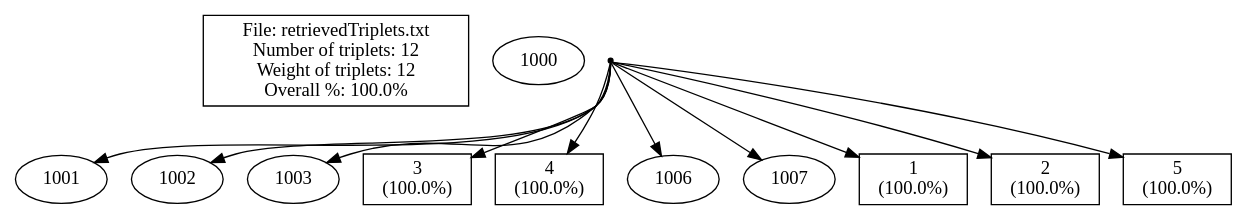
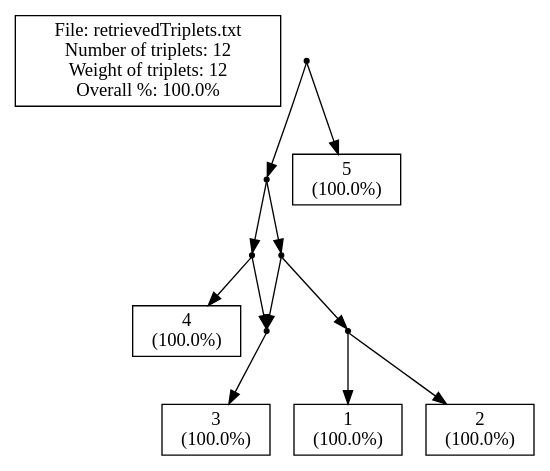
One commit to iharnoor/PhylogeneticsWebsite changed the diagram in ParsingTxt/Launcher/cExample1_m.dot. Above: the diagram before and after it, drawn with Graphviz. The commit also changed 11 other files, not shown here.

```diff
--- a/ParsingTxt/Launcher/cExample1_m.dot
+++ b/ParsingTxt/Launcher/cExample1_m.dot
@@ -1,51 +1,51 @@
 // LEV1ATHAN Version 1.0, 21 september 2009
 // COMMENT: Pre-processing the input file to count the leaves
 // COMMENT: Pre-processing showed that there are 5 leaves in the input.
 // SUMMARY: Input had 5 leaves.
 // USER-SETTING: Will *not* post-process output to collapse edges.
 // COMMENT: Triplet set is already dense.
 // SUMMARY: There are 12 triplets in the input.
 // SUMMARY: Total weight of input triplets is 12.
 // COMMENT: We achieved non-trivial local perfection.
 // SUMMARY: (Before post-processing)
 // SUMMARY: We got 12 units of triplet weight, that's 100.0% of total weight.
 // SUMMARY: In total 0 units of triplet weight were -not- consistent with the ouput network.
 // SUMMARY: Output network contained 0 triplets -not- in the original input.
 // SUMMARY: The symmetric difference is thus 0 + (1 * 0) = 0
 // SUMMARY: (After post-processing)
 strict digraph G1 {
 edge [fontsize=8]
 labelbox [shape=box, width=0.4, label="File: retrievedTriplets.txt\nNumber of triplets: 12\nWeight of triplets: 12\nOverall %: 100.0%"];
-1000p [shape=point];
-1001p [shape=point];
-1002p [shape=point];
-1003p [shape=point];
+internal1000 [shape=point];
+internal1001 [shape=point];
+internal1002 [shape=point];
+internal1003 [shape=point];
 3 [shape=box, width=0.3, label="3\n(100.0%)"];
 4 [shape=box, width=0.3, label="4\n(100.0%)"];
-1006p [shape=point];
-1007p [shape=point];
+internal1006 [shape=point];
+internal1007 [shape=point];
 1 [shape=box, width=0.3, label="1\n(100.0%)"];
 2 [shape=box, width=0.3, label="2\n(100.0%)"];
 5 [shape=box, width=0.3, label="5\n(100.0%)"];
-1000p -> 1001p
-1000p -> 5
-1001p -> 1002p
-1001p -> 1006p
-1002p -> 1003p
-1002p -> 4
-1003p -> 3
-1006p -> 1007p
-1006p -> 1003p
-1007p -> 1
-1007p -> 2
-1003p -> 3
+internal1000 -> internal1001
+internal1000 -> 5
+internal1001 -> internal1002
+internal1001 -> internal1006
+internal1002 -> internal1003
+internal1002 -> 4
+internal1003 -> 3
+internal1006 -> internal1007
+internal1006 -> internal1003
+internal1007 -> 1
+internal1007 -> 2
+internal1003 -> 3
 }
 // SUMMARY: eNewick output: ((((3)#H1,4),((1,2),#H1)),5);
 // SUMMARY: In total 0 units of triplet weight were -not- consistent with the ouput network.
 // SUMMARY: Output network contained 0 triplets -not- in the original input.
 // SUMMARY: Weight of missing triplets before contraction minus weight of missing triplets afterwards: 0
 // SUMMARY: Number of surplus triplets before contraction minus number of surplus triplets afterwards: 0
 // CONCLUSION: After post-processing we got 12 units of triplet weight, that's 100.0% of total weight (before post-processing this was 100.0%).
 // CONCLUSION: After post-processing the symmetric difference is thus 0 + (1 * 0) = 0 (before post-processing this was 0)
 // STAT: PERCENTAGE = 100.0
 // STAT: NETWORK-TRIPLET SD = 0
```
